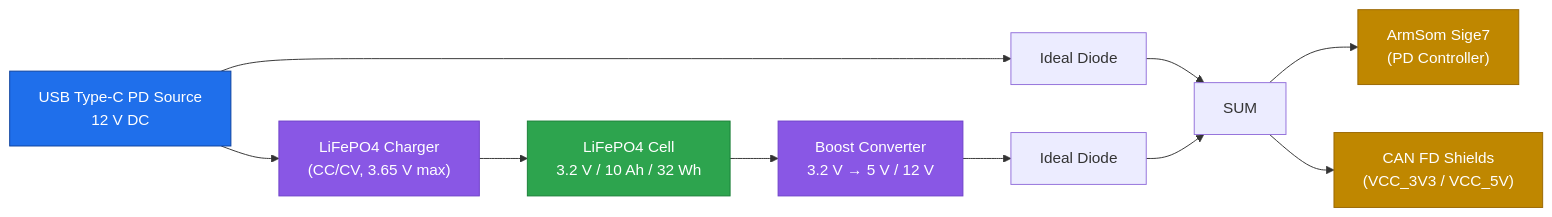
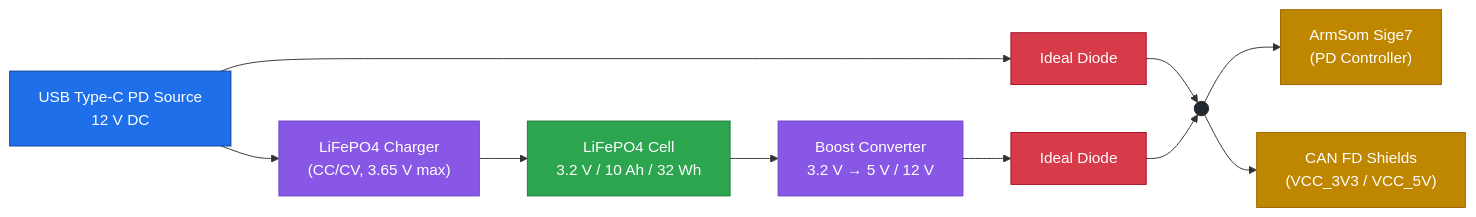
The diagram in hardware/schematics/power.md (sdyspb/can-fd-logger), drawn with Mermaid before and after one commit.

````diff
--- a/hardware/schematics/power.md
+++ b/hardware/schematics/power.md
@@ -41,23 +41,27 @@
 ```mermaid
 flowchart LR
     PD["USB Type-C PD Source<br/>12 V DC"] --> ID1["Ideal Diode"]
-    ID1 --> SUM
+    ID1 --> NODE((" "))
 
     PD --> CHG["LiFePO4 Charger<br/>(CC/CV, 3.65 V max)"]
     CHG --> BATT["LiFePO4 Cell<br/>3.2 V / 10 Ah / 32 Wh"]
     BATT --> BOOST["Boost Converter<br/>3.2 V → 5 V / 12 V"]
     BOOST --> ID2["Ideal Diode"]
-    ID2 --> SUM
-    SUM --> SBC["ArmSom Sige7<br/>(PD Controller)"]
-    SUM --> SHIELDS["CAN FD Shields<br/>(VCC_3V3 / VCC_5V)"]
+    ID2 --> NODE
+    NODE --> SBC["ArmSom Sige7<br/>(PD Controller)"]
+    NODE --> SHIELDS["CAN FD Shields<br/>(VCC_3V3 / VCC_5V)"]
 
     classDef source fill:#1f6feb,stroke:#0d419d,color:#fff
     classDef storage fill:#2da44e,stroke:#1a7f37,color:#fff
     classDef conv fill:#8957e5,stroke:#6e40c9,color:#fff
     classDef load fill:#bf8700,stroke:#9a6700,color:#fff
+    classDef node fill:#24292f,stroke:#24292f,color:#fff
+    classDef diode fill:#d73a49,stroke:#a40e26,color:#fff
 
     class PD source
     class BATT storage
     class CHG,BOOST conv
     class SBC,SHIELDS load
+    class NODE node
+    class ID1,ID2 diode
 ```
````
